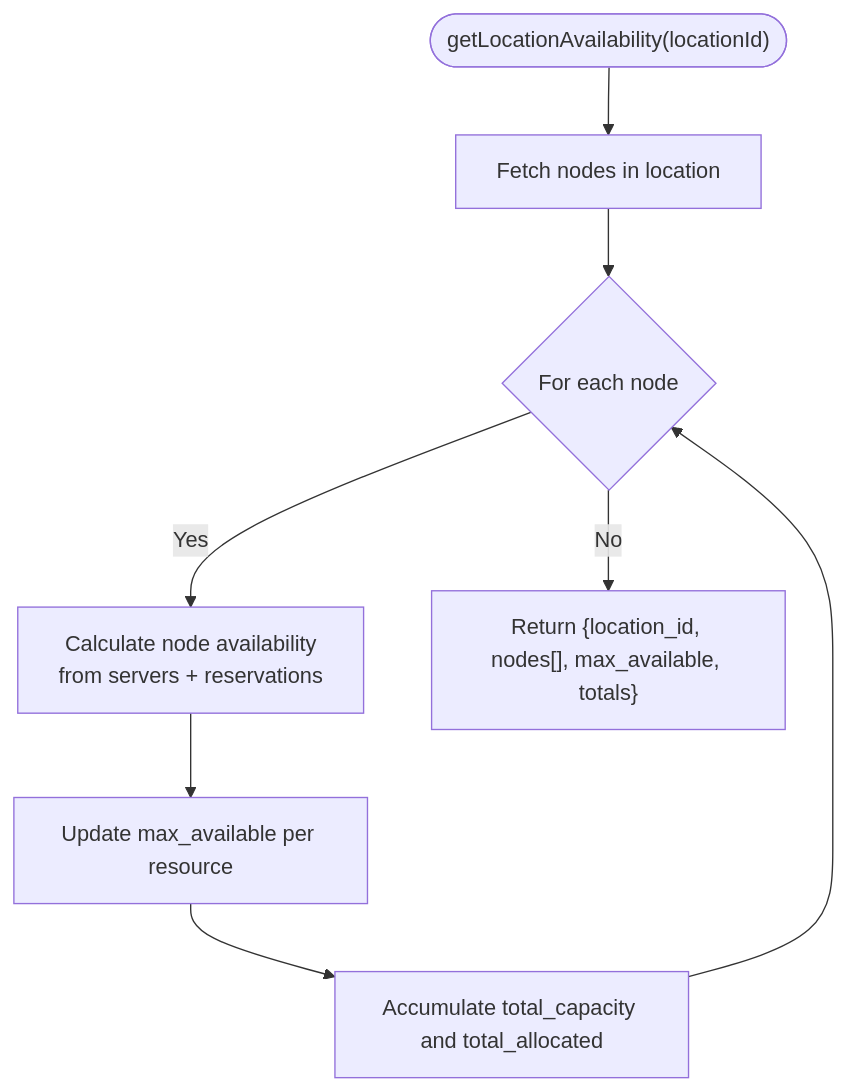
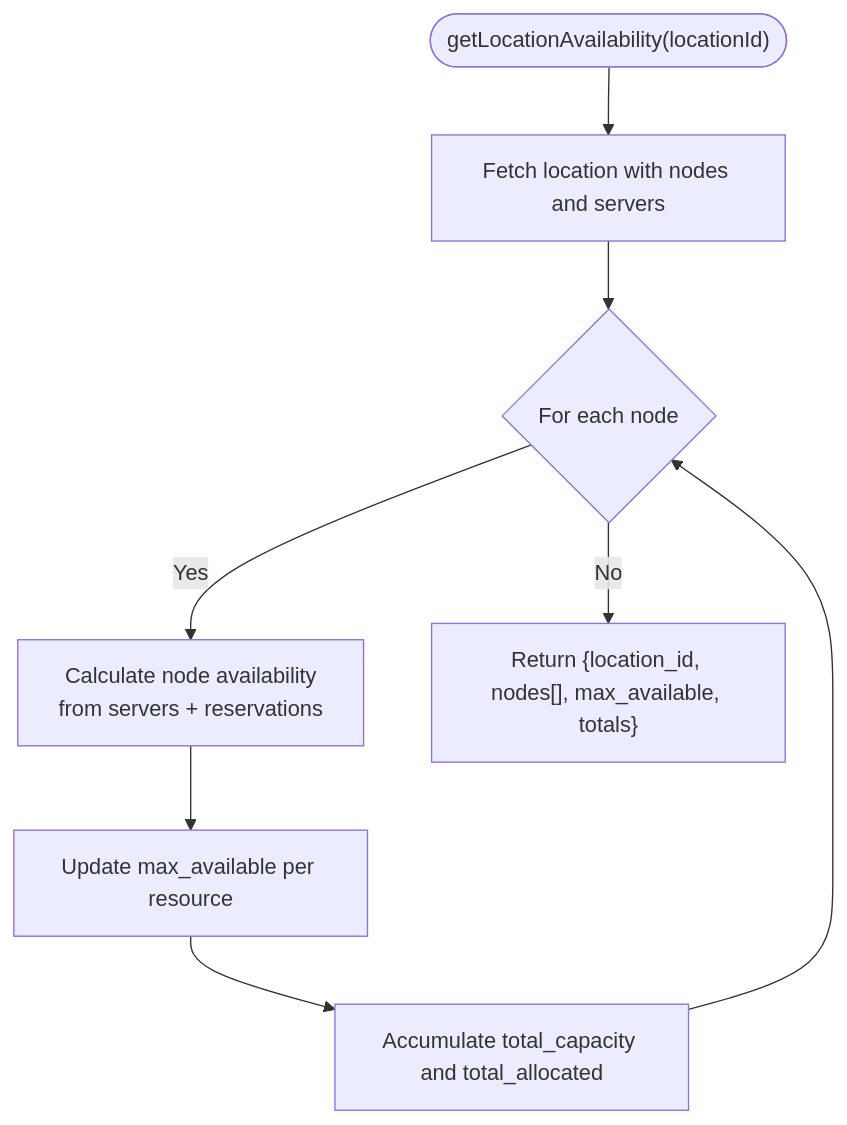
One commit to ObsidianNetwork/dynamic-pterodactyl changed the third of 5 diagrams in .qoder/repowiki/en/content/API Reference/Public API Endpoints/Availability Endpoints.md. Above: the diagram before and after it, drawn with Mermaid. The commit also changed 5 other files, not shown here.

Commit message:
docs: remove residual per-node wiki flow

````diff
--- a/.qoder/repowiki/en/content/API Reference/Public API Endpoints/Availability Endpoints.md
+++ b/.qoder/repowiki/en/content/API Reference/Public API Endpoints/Availability Endpoints.md
@@ -208,10 +208,10 @@
 ```mermaid
 flowchart TD
-Start(["getLocationAvailability(locationId)"]) --> FetchNodes["Fetch nodes in location"]
+Start(["getLocationAvailability(locationId)"]) --> FetchNodes["Fetch location with nodes and servers"]
 FetchNodes --> ForEachNode{"For each node"}
 ForEachNode --> |Yes| CalcNode["Calculate node availability<br/>from servers + reservations"]
 CalcNode --> UpdateMax["Update max_available per resource"]
 UpdateMax --> UpdateTotals["Accumulate total_capacity and total_allocated"]
 UpdateTotals --> ForEachNode
 ForEachNode --> |No| ReturnData["Return {location_id, nodes[], max_available, totals}"]
 ```
````
